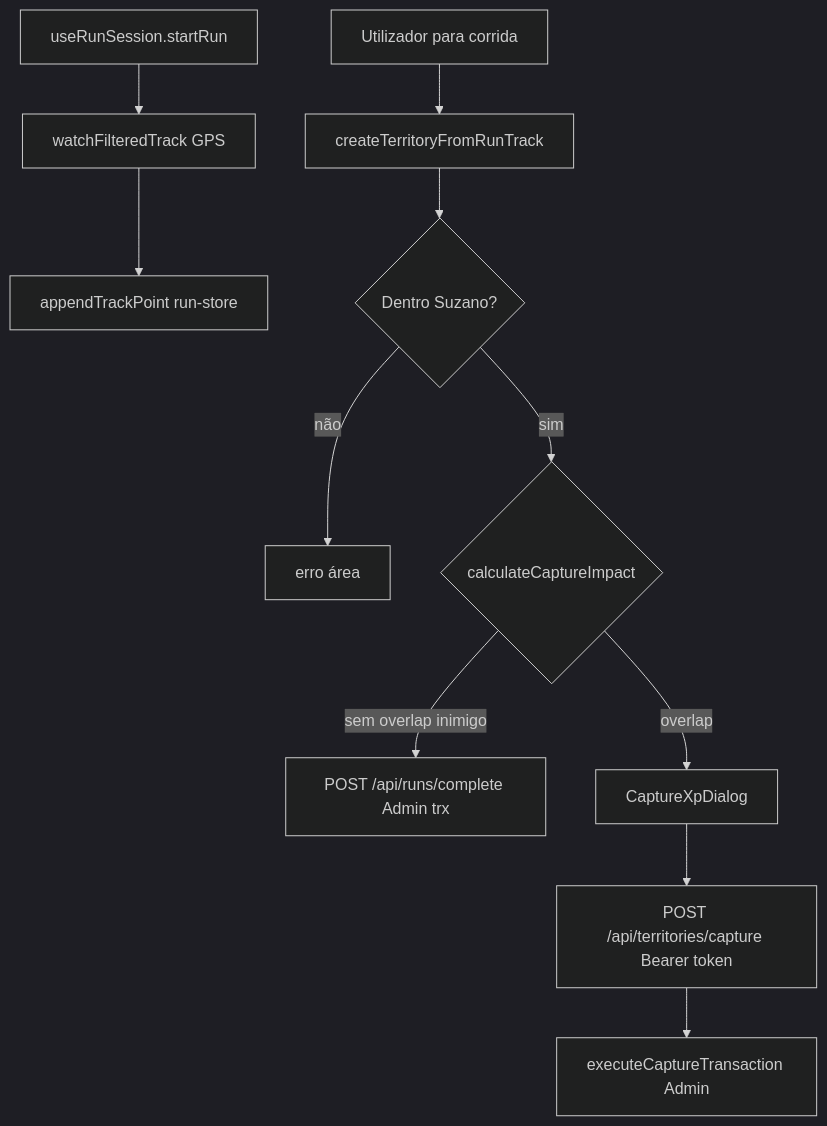
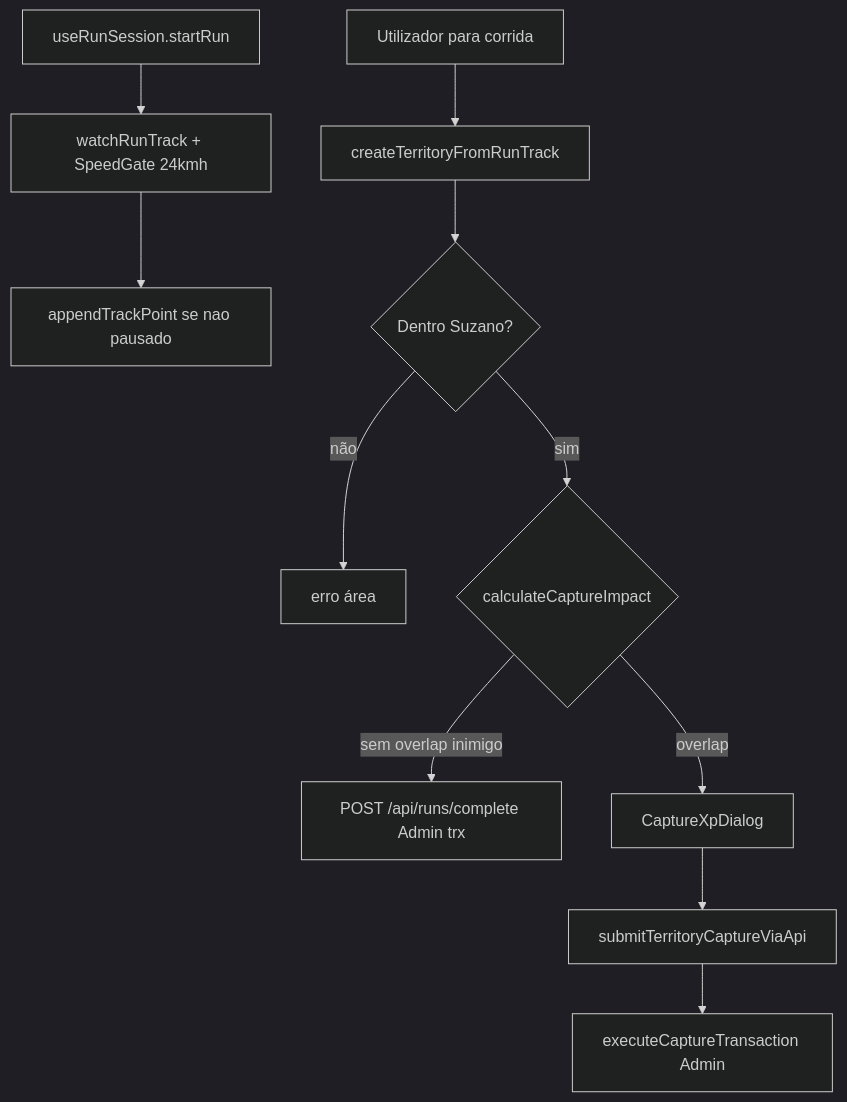
The diagram in Docs/Fluxos/DOC_FluxoCorridaECaptura.md (VentureGeoOficial/territory-web-app), drawn with Mermaid (dark theme) before and after one commit. The commit also changed other lines of this file and 28 other files, not shown here.

````diff
--- a/Docs/Fluxos/DOC_FluxoCorridaECaptura.md
+++ b/Docs/Fluxos/DOC_FluxoCorridaECaptura.md
@@ -3,13 +3,13 @@
 ```mermaid
 flowchart TD
-  Start[useRunSession.startRun] --> Watch[watchFilteredTrack GPS]
-  Watch --> Points[appendTrackPoint run-store]
+  Start[useRunSession.startRun] --> Watch[watchRunTrack + SpeedGate 24kmh]
+  Watch --> Points[appendTrackPoint se nao pausado]
   Stop[Utilizador para corrida] --> Build[createTerritoryFromRunTrack]
   Build --> Suzano{Dentro Suzano?}
   Suzano -->|não| ErrArea[erro área]
   Suzano -->|sim| Overlap{calculateCaptureImpact}
   Overlap -->|sem overlap inimigo| SaveRun[POST /api/runs/complete Admin trx]
   Overlap -->|overlap| Dialog[CaptureXpDialog]
-  Dialog --> API[POST /api/territories/capture Bearer token]
+  Dialog --> API[submitTerritoryCaptureViaApi]
   API --> AdminTrx[executeCaptureTransaction Admin]
 ```
````
